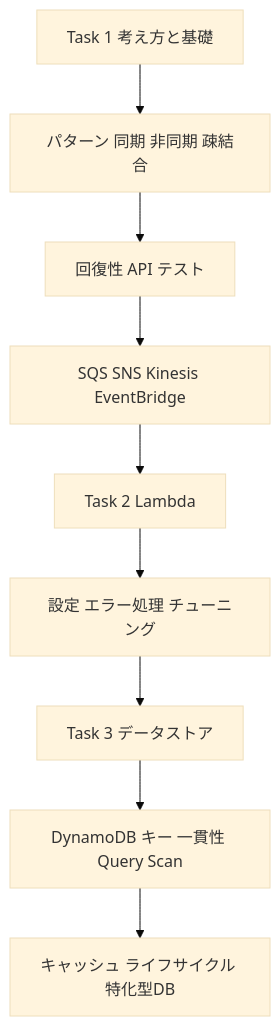
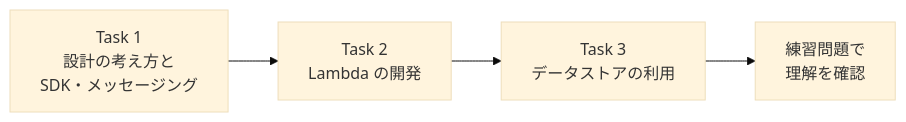
Before and after one commit to myoshi2891/Cloud-Infrastructure-and-Network-Studies: the first of 31 diagrams in Dva-c02-domain1-development-with-aws-services-guide.md, drawn with Mermaid (base theme). The commit also changed other lines of this file, not shown here.

````diff
--- a/Dva-c02-domain1-development-with-aws-services-guide.md
+++ b/Dva-c02-domain1-development-with-aws-services-guide.md
@@ -74,11 +87,6 @@
 ```mermaid
-flowchart TD
-    A["Task 1 考え方と基礎"] --> B["パターン 同期 非同期 疎結合"]
-    B --> C["回復性 API テスト"]
-    C --> D["SQS SNS Kinesis EventBridge"]
-    D --> E["Task 2 Lambda"]
-    E --> F["設定 エラー処理 チューニング"]
-    F --> G["Task 3 データストア"]
-    G --> H["DynamoDB キー 一貫性 Query Scan"]
-    H --> I["キャッシュ ライフサイクル 特化型DB"]
+flowchart LR
+    A["Task 1<br/>設計の考え方と<br/>SDK・メッセージング"] --> B["Task 2<br/>Lambda の開発"]
+    B --> C["Task 3<br/>データストアの利用"]
+    C --> D["練習問題で<br/>理解を確認"]
 ```
````
